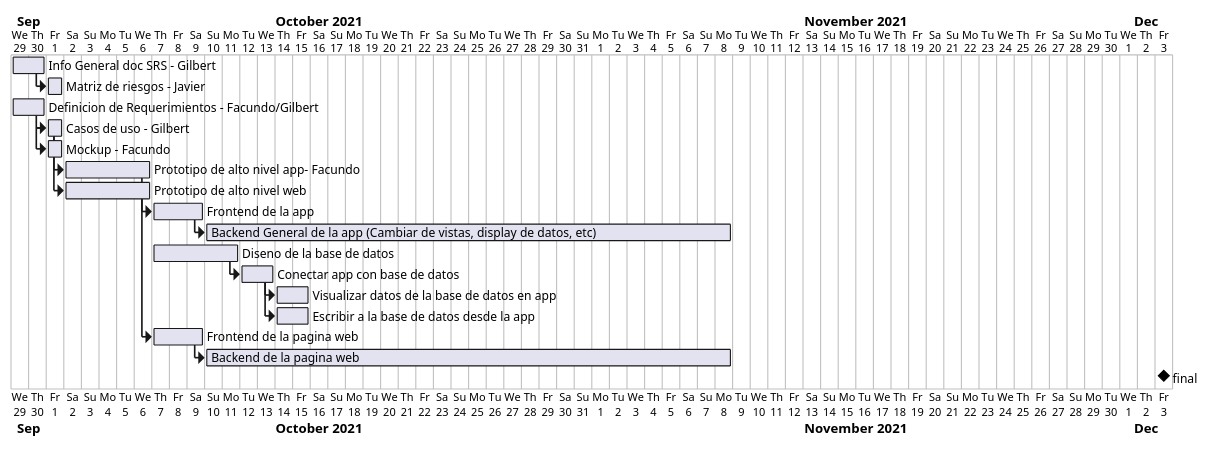
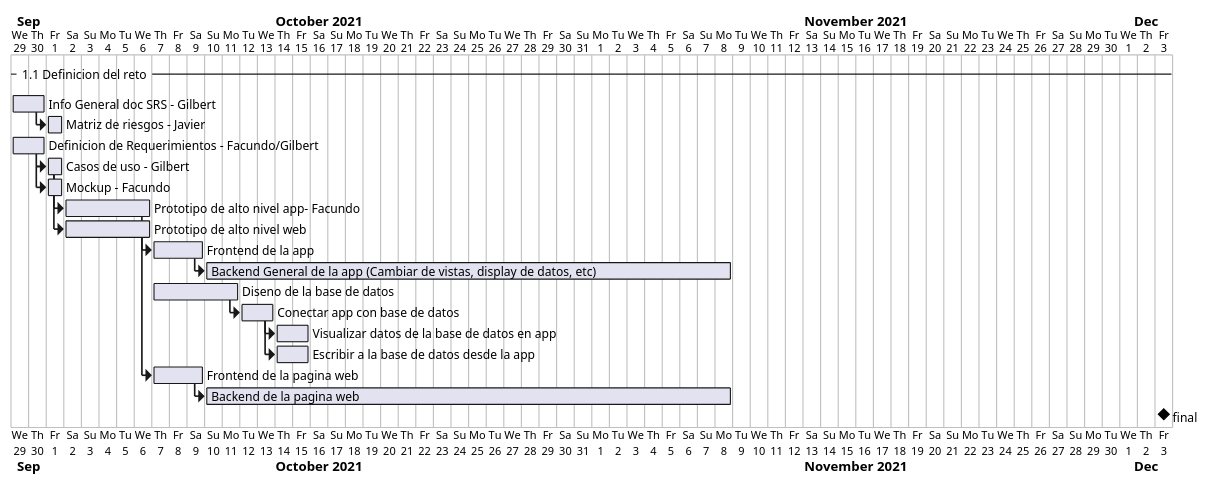
One commit to facund015/codeRelatedObsidianNotes changed the diagram in Reto/Diagramas.md. Above: the diagram before and after it, drawn with PlantUML.

Commit message:
vault backup: 2021-10-05 09:59:54

````diff
--- a/Reto/Diagramas.md
+++ b/Reto/Diagramas.md
@@ -2,33 +2,34 @@
 ```plantuml
 
 @startgantt
 Project starts 2021-09-29
 
+-- 1.1 Definicion del reto --
 [Info General doc SRS - Gilbert] as [SRS] lasts 2 days and starts 2021-09-29
 [Matriz de riesgos - Javier] as [MR] lasts 1 days and starts at [SRS]'s end
 
 [Definicion de Requerimientos - Facundo/Gilbert] as [DR] lasts 2 day and starts 2021-09-29
 [Casos de uso - Gilbert] as [CS] lasts 1 day and starts at [DR]'s end
 [Mockup - Facundo] as [MP] lasts 1 days and starts at [CS]'s start
 
 [Prototipo de alto nivel app- Facundo] as [PAN] lasts 5 days and starts at [CS]'s end
 [Prototipo de alto nivel web] as [PAW] lasts 5 days and starts at [CS]'s end
 
 [Frontend de la app] as [FEA] lasts 3 days and starts at [PAN]'s end
 [Backend General de la app (Cambiar de vistas, display de datos, etc)] as [BGA] lasts 30 days and starts at [FEA]'s end
 
 [Diseno de la base de datos] as [DBD] lasts 5 days and starts 2021-10-7
 [Conectar app con base de datos] as [CBD] lasts 2 days and starts at [DBD]'s end
 [Visualizar datos de la base de datos en app] as [VBD] lasts 2 days and starts at [CBD]'s end
 [Escribir a la base de datos desde la app] as [EBD] lasts 2 days and starts at [CBD]'s end
 
 [Frontend de la pagina web] as [FPW] lasts 3 days and starts at [PAW]'s end
 [Backend de la pagina web] as [BPW] lasts 30 days and starts at [FPW]'s end
 
 [final] happens 2021-12-3
 
 @endgantt
 
 
 
 ```
````
